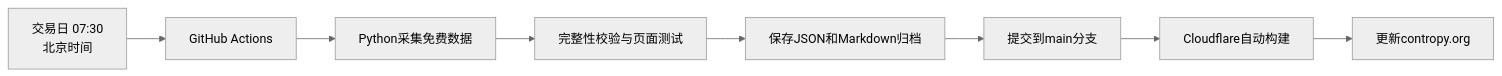
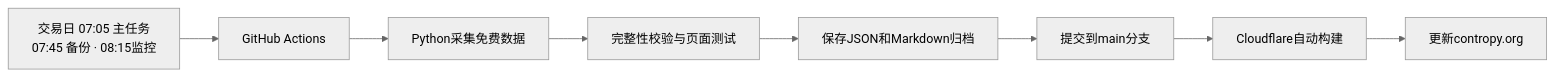
The diagram in README.md (liao497/contropy-site), drawn with Mermaid (neutral theme) before and after one commit. The commit also changed other lines of this file and 5 other files, not shown here.

````diff
--- a/README.md
+++ b/README.md
@@ -27,10 +27,10 @@
 ```mermaid
 flowchart LR
-    A[交易日 07:30<br/>北京时间] --> B[GitHub Actions]
+    A[交易日 07:05 主任务<br/>07:45 备份 · 08:15监控] --> B[GitHub Actions]
     B --> C[Python采集免费数据]
     C --> D[完整性校验与页面测试]
     D --> E[保存JSON和Markdown归档]
     E --> F[提交到main分支]
     F --> G[Cloudflare自动构建]
     G --> H[更新contropy.org]
 ```
````
